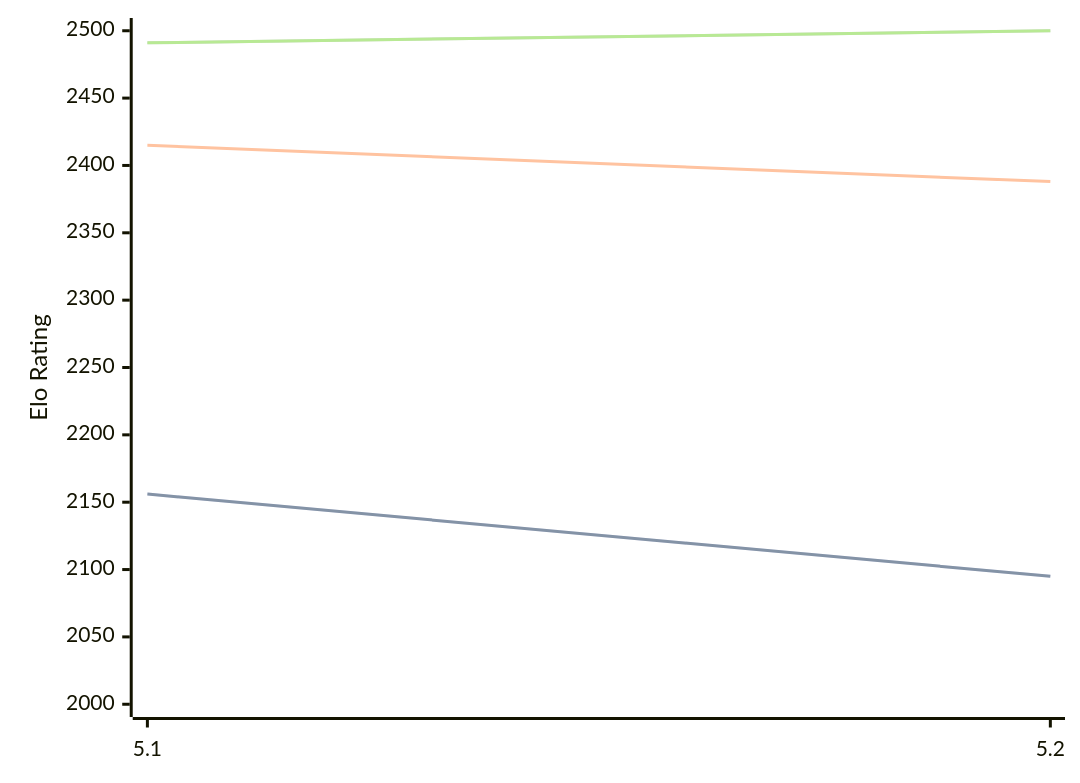
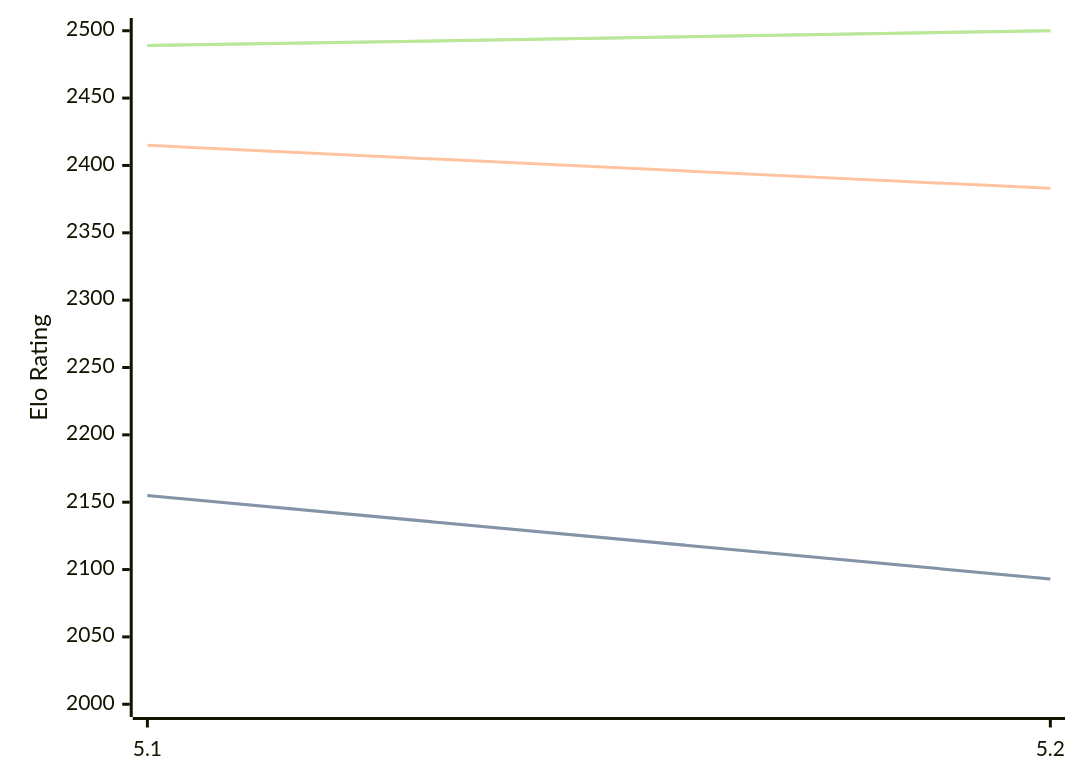
One commit to computer-chess-index/cci changed the diagram in engines/Prophet.md. Above: the diagram before and after it, drawn with Mermaid. The commit also changed other lines of this file, not shown here.

Commit message:
Update CCI Ratings (ELO VLTC) - 2026-06-12

````diff
--- a/engines/Prophet.md
+++ b/engines/Prophet.md
@@ -38,11 +38,11 @@
 ```mermaid
 %%{init: {"theme":"base","themeVariables":{"seriesColors:['#a3a3a3','#222221','#faa371']}}}%%
 xychart-beta
   x-axis ["5.1", "5.2"]
   y-axis "Elo Rating" 2000 --> 2500
-  line "STC (8.0+0.08s)" [2156, 2095]
-  line "STC (8.0+0.08s)" [2156, 2095]
-  line "LTC (60.0+0.60s)" [2415, 2388]
-  line "VLTC (2m24s+1.12s)" [2491, 2500]
-  line "VLTC (2m24s+1.12s)" [2491, 2500]
+  line "STC (8.0+0.08s)" [2155, 2093]
+  line "STC (8.0+0.08s)" [2155, 2093]
+  line "LTC (60.0+0.60s)" [2415, 2383]
+  line "VLTC (2m24s+1.12s)" [2489, 2500]
+  line "VLTC (2m24s+1.12s)" [2489, 2500]
 ```
````
